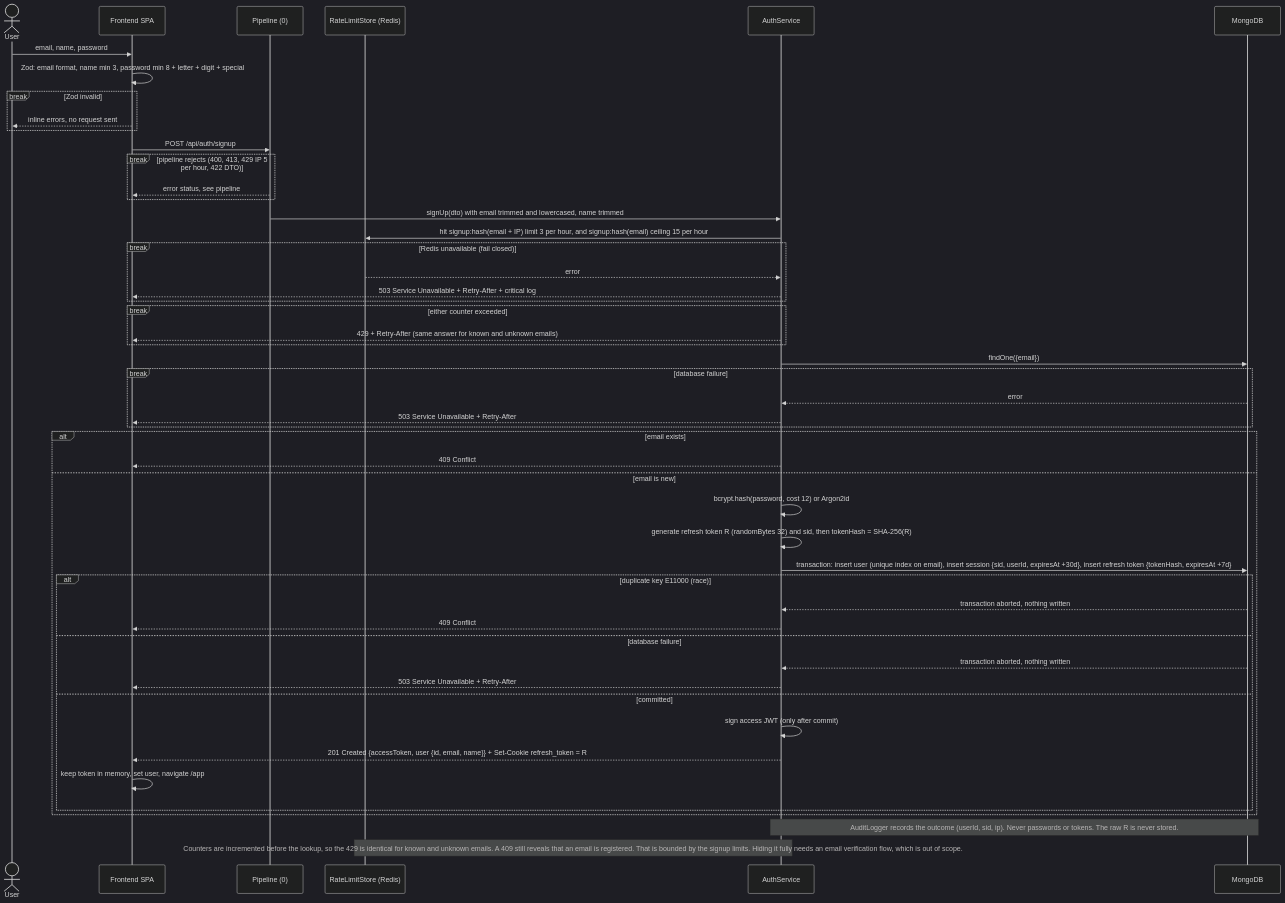
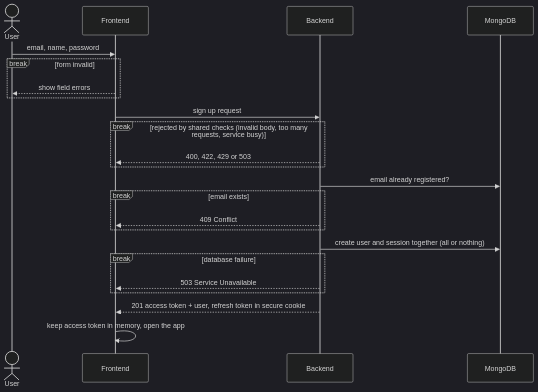
The first of 4 diagrams in docs/architecture/auth-flow.md (Rowan-habashy/easyGenerator-auth), drawn with Mermaid (dark theme) before and after one commit. The commit also changed other lines of this file and 3 other files, not shown here.

Commit message:
Update on design architecture

````diff
--- a/docs/architecture/auth-flow.md
+++ b/docs/architecture/auth-flow.md
@@ -147,55 +18,26 @@
 ```mermaid
 sequenceDiagram
     actor U as User
-    participant F as Frontend SPA
-    participant P as Pipeline (0)
-    participant RL as RateLimitStore (Redis)
-    participant S as AuthService
+    participant F as Frontend
+    participant B as Backend
     participant D as MongoDB
 
     U->>F: email, name, password
-    F->>F: Zod: email format, name min 3, password min 8 + letter + digit + special
-    break Zod invalid
-        F-->>U: inline errors, no request sent
+    break form invalid
+        F-->>U: show field errors
     end
-    F->>P: POST /api/auth/signup
-    break pipeline rejects (400, 413, 429 IP 5 per hour, 422 DTO)
-        P-->>F: error status, see pipeline
+    F->>B: sign up request
+    break rejected by shared checks (invalid body, too many requests, service busy)
+        B-->>F: 400, 422, 429 or 503
     end
-    P->>S: signUp(dto) with email trimmed and lowercased, name trimmed
-
-    S->>RL: hit signup:hash(email + IP) limit 3 per hour, and signup:hash(email) ceiling 15 per hour
-    break Redis unavailable (fail closed)
-        RL-->>S: error
-        S-->>F: 503 Service Unavailable + Retry-After + critical log
+    B->>D: email already registered?
+    break email exists
+        B-->>F: 409 Conflict
     end
-    break either counter exceeded
-        S-->>F: 429 + Retry-After (same answer for known and unknown emails)
+    B->>D: create user and session together (all or nothing)
+    break database failure
+        B-->>F: 503 Service Unavailable
     end
-
-    S->>D: findOne({email})
-    break database failure
-        D-->>S: error
-        S-->>F: 503 Service Unavailable + Retry-After
-    end
-    alt email exists
-        S-->>F: 409 Conflict
-    else email is new
-        S->>S: bcrypt.hash(password, cost 12) or Argon2id
-        S->>S: generate refresh token R (randomBytes 32) and sid, then tokenHash = SHA-256(R)
-        S->>D: transaction: insert user (unique index on email), insert session {sid, userId, expiresAt +30d}, insert refresh token {tokenHash, expiresAt +7d}
-        alt duplicate key E11000 (race)
-            D-->>S: transaction aborted, nothing written
-            S-->>F: 409 Conflict
-        else database failure
-            D-->>S: transaction aborted, nothing written
-            S-->>F: 503 Service Unavailable + Retry-After
-        else committed
-            S->>S: sign access JWT (only after commit)
-            S-->>F: 201 Created {accessToken, user {id, email, name}} + Set-Cookie refresh_token = R
-            F->>F: keep token in memory, set user, navigate /app
-        end
-    end
-    Note over S,D: AuditLogger records the outcome (userId, sid, ip). Never passwords or tokens. The raw R is never stored.
-    Note over RL,S: Counters are incremented before the lookup, so the 429 is identical for known and unknown emails. A 409 still reveals that an email is registered. That is bounded by the signup limits. Hiding it fully needs an email verification flow, which is out of scope.
+    B-->>F: 201 access token + user, refresh token in secure cookie
+    F->>F: keep access token in memory, open the app
 ```
````
